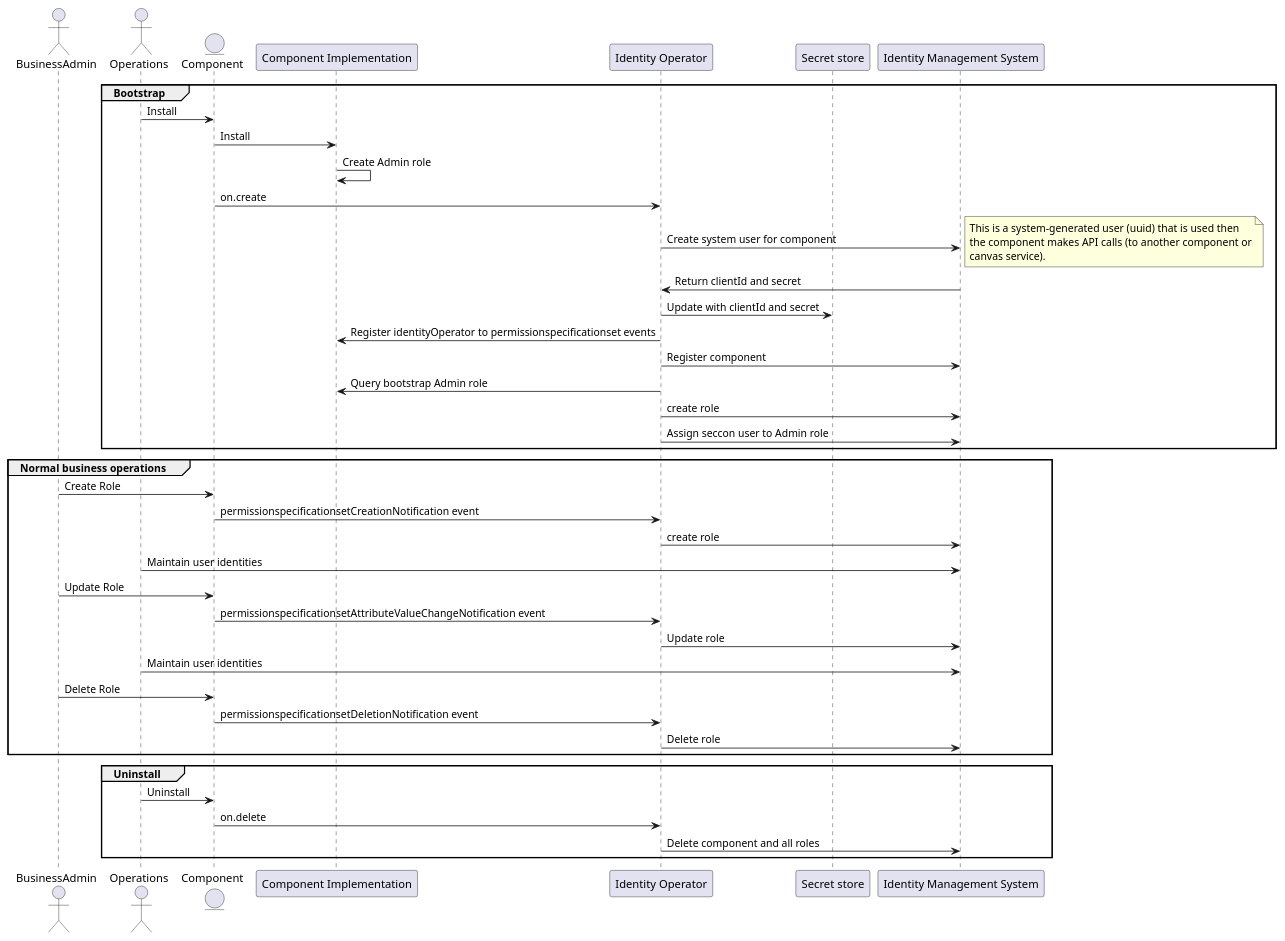
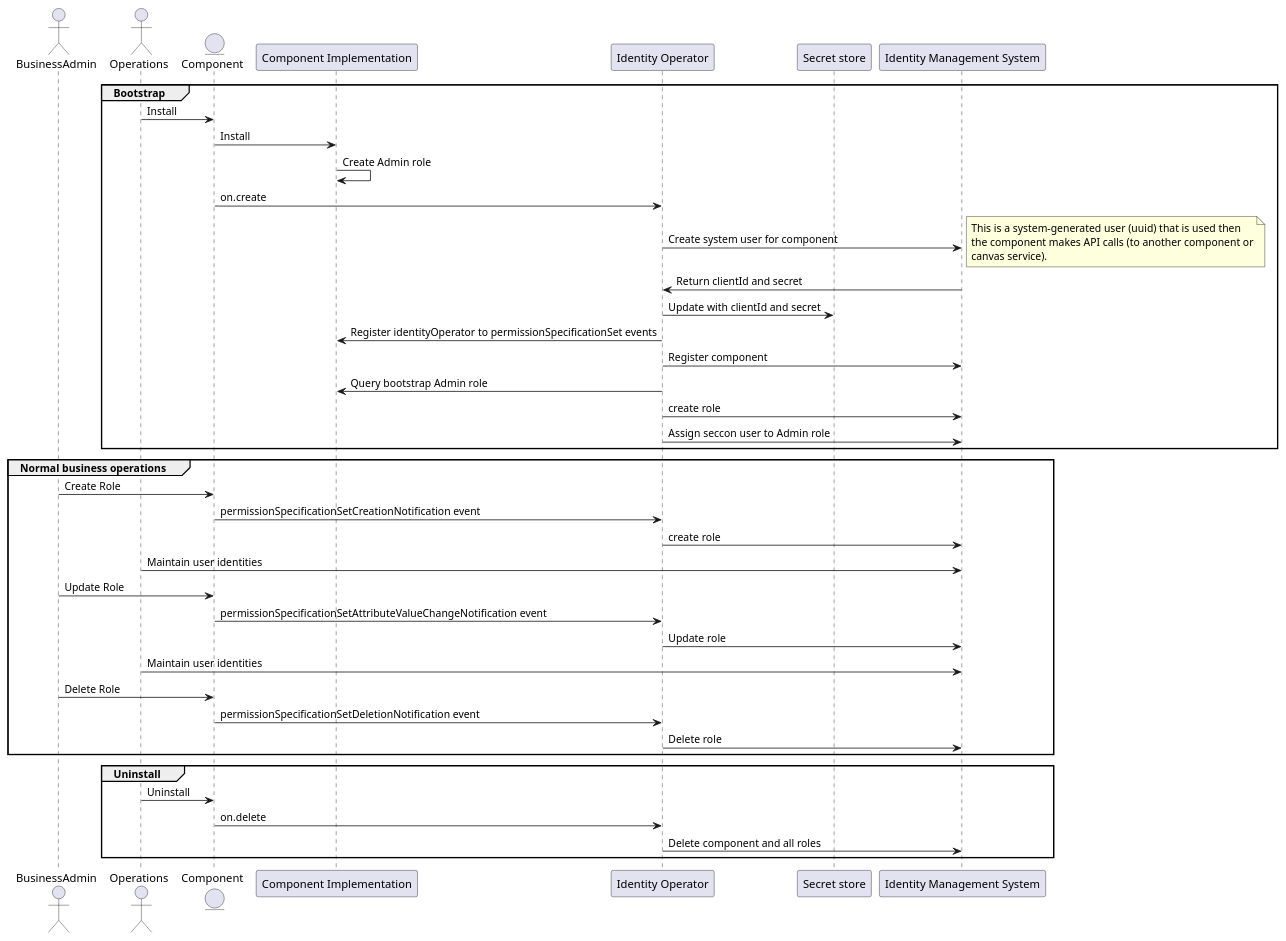
One commit to tmforum-oda/oda-canvas changed the diagram in usecase-library/pumlFiles/bootstrap-role.puml. Above: the diagram before and after it, drawn with PlantUML. The commit also changed 5 other files, not shown here.

```diff
--- a/usecase-library/pumlFiles/bootstrap-role.puml
+++ b/usecase-library/pumlFiles/bootstrap-role.puml
@@ -1,56 +1,56 @@
 @startuml
 
 actor BusinessAdmin
 actor Operations
 entity Component
 participant "Component Implementation" as ComponentImplementation
 participant "Identity Operator" as identityOperator
 participant "Secret store" as SecretStore
 participant "Identity Management System" as IDM
 
 
 group Bootstrap
 Component <- Operations : Install
 Component -> ComponentImplementation : Install
 ComponentImplementation -> ComponentImplementation: Create Admin role
 
 Component -> identityOperator: on.create 
 identityOperator -> IDM: Create system user for component
 note right
     This is a system-generated user (uuid) that is used then
     the component makes API calls (to another component or
     canvas service).
 end note
 identityOperator <- IDM: Return clientId and secret
 identityOperator -> SecretStore: Update with clientId and secret
 
-identityOperator -> ComponentImplementation: Register identityOperator to permissionspecificationset events
+identityOperator -> ComponentImplementation: Register identityOperator to permissionSpecificationSet events
 identityOperator -> IDM: Register component
 
 identityOperator -> ComponentImplementation : Query bootstrap Admin role
 identityOperator -> IDM: create role
 identityOperator -> IDM: Assign seccon user to Admin role
 
 end 
 group Normal business operations
 
 BusinessAdmin -> Component: Create Role
-Component-> identityOperator: permissionspecificationsetCreationNotification event
+Component-> identityOperator: permissionSpecificationSetCreationNotification event
 identityOperator -> IDM: create role
 Operations->IDM  : Maintain user identities
 BusinessAdmin -> Component: Update Role
-Component-> identityOperator: permissionspecificationsetAttributeValueChangeNotification event
+Component-> identityOperator: permissionSpecificationSetAttributeValueChangeNotification event
 identityOperator -> IDM: Update role
 Operations->IDM  : Maintain user identities
 BusinessAdmin -> Component: Delete Role
-Component-> identityOperator: permissionspecificationsetDeletionNotification event
+Component-> identityOperator: permissionSpecificationSetDeletionNotification event
 identityOperator -> IDM: Delete role
 
 end
 group Uninstall
 Operations -> Component  : Uninstall
 Component -> identityOperator: on.delete 
 identityOperator -> IDM: Delete component and all roles
 end
 
 @enduml
```
